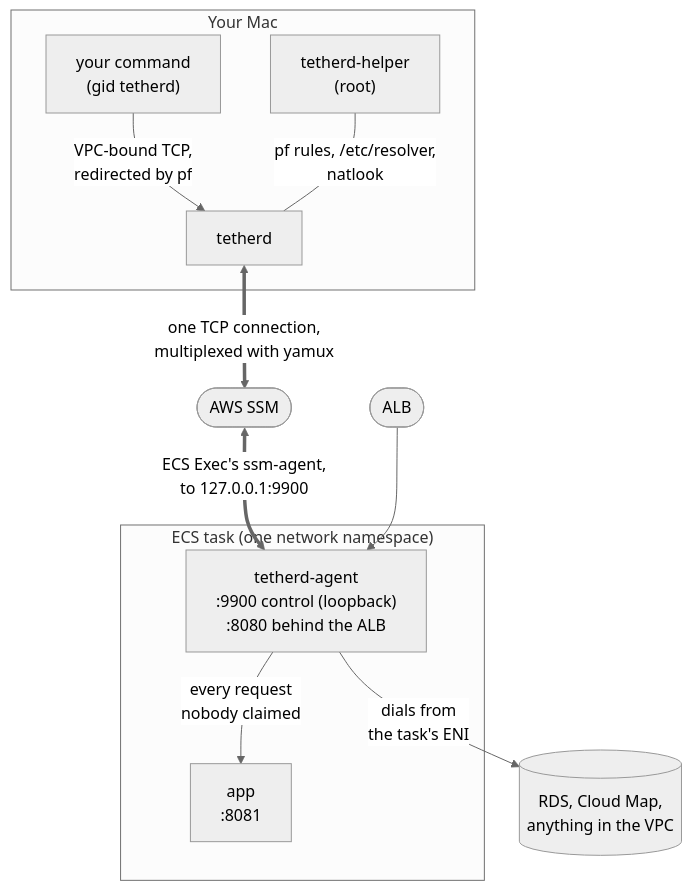
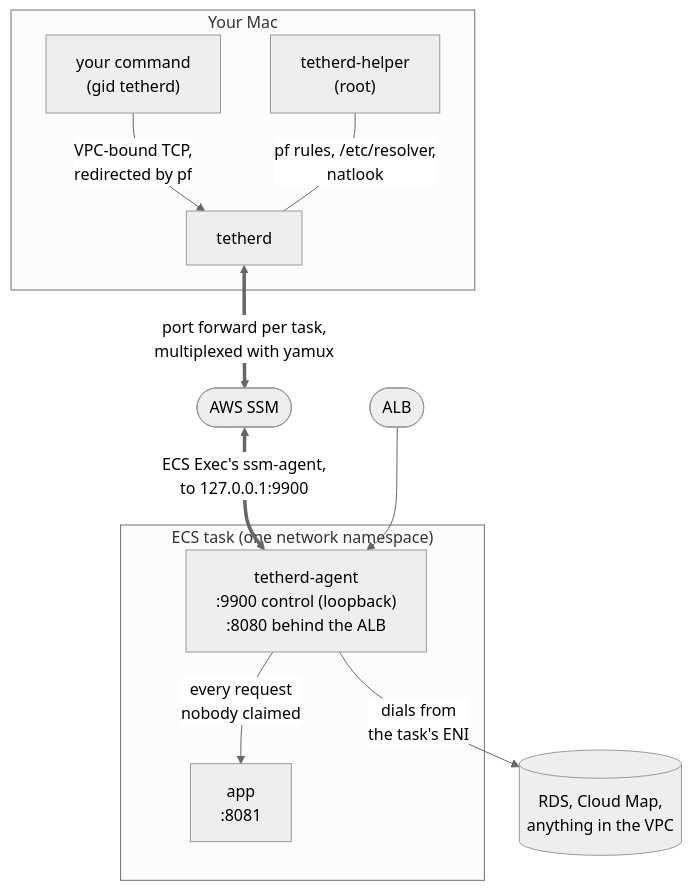
Before and after one commit to kyosu-1/tetherd: the first of 3 diagrams in README.md, drawn with Mermaid (neutral theme). The commit also changed other lines of this file, not shown here.

````diff
--- a/README.md
+++ b/README.md
@@ -132,23 +131,23 @@
 ```mermaid
 flowchart TB
   subgraph mac["Your Mac"]
     child["your command<br/>(gid tetherd)"]
     helper["tetherd-helper<br/>(root)"]
     cli["tetherd"]
   end
   ssm(["AWS SSM"])
   alb(["ALB"])
   subgraph task["ECS task (one network namespace)"]
     agent["tetherd-agent<br/>:9900 control (loopback)<br/>:8080 behind the ALB"]
     app["app<br/>:8081"]
   end
   vpc[("RDS, Cloud Map,<br/>anything in the VPC")]
 
   child -- "VPC-bound TCP,<br/>redirected by pf" --> cli
   helper -- "pf rules, /etc/resolver,<br/>natlook" --- cli
-  cli <== "one TCP connection,<br/>multiplexed with yamux" ==> ssm
+  cli <== "port forward per task,<br/>multiplexed with yamux" ==> ssm
   ssm <== "ECS Exec's ssm-agent,<br/>to 127.0.0.1:9900" ==> agent
   alb --> agent
   agent -- "every request<br/>nobody claimed" --> app
   agent -- "dials from<br/>the task's ENI" --> vpc
 ```
````
